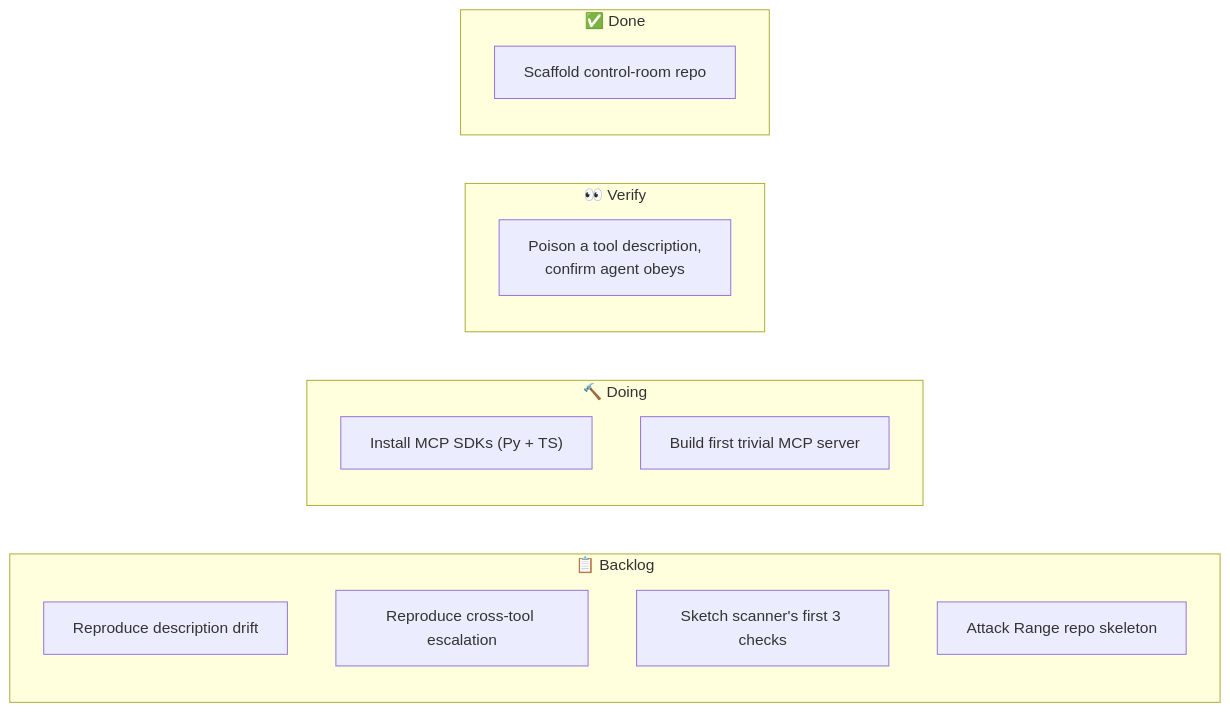
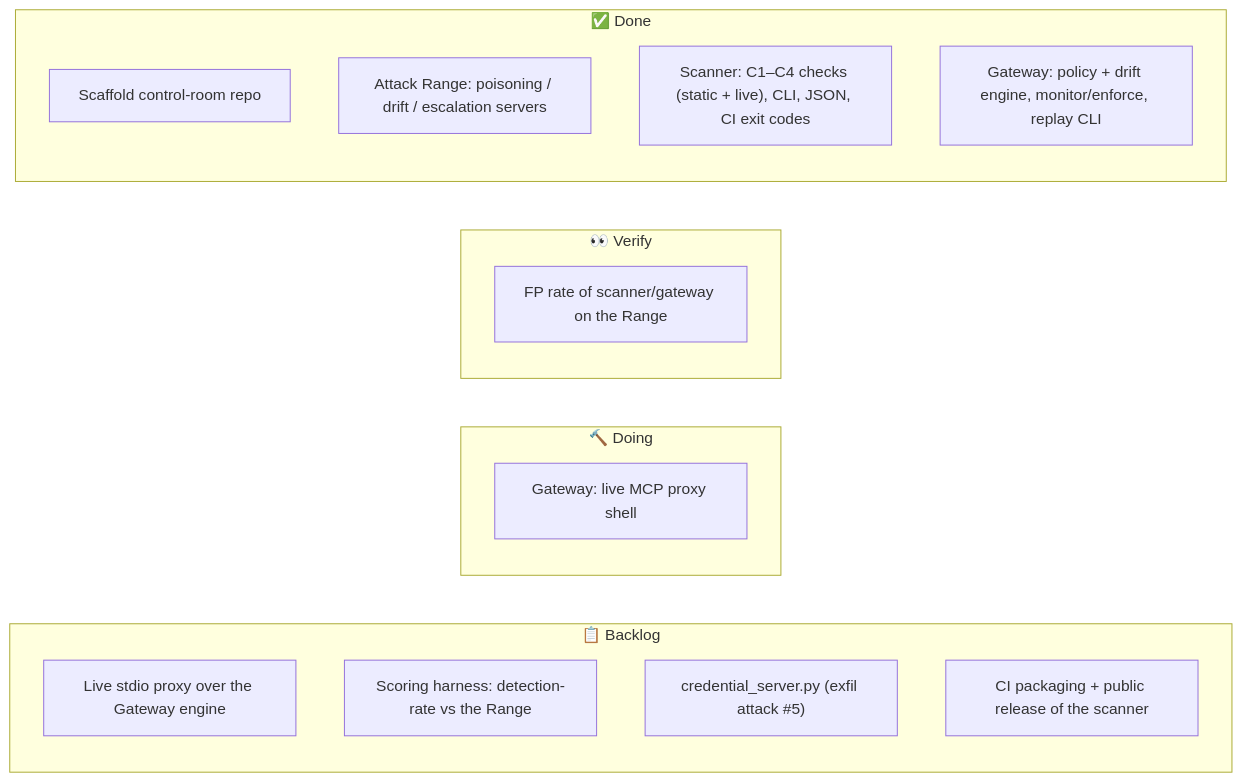
One commit to rudraxdevelopment98-cell/RD-AISEC changed the diagram in shiva/docs/progress.md. Above: the diagram before and after it, drawn with Mermaid. The commit also changed other lines of this file, not shown here.

Commit message:
Shiva: update progress board (scanner + gateway shipped)
Claude-Session: https://claude.ai/code/session_01FGjg5Rb2MrPS8v2VAHoZJ6

````diff
--- a/shiva/docs/progress.md
+++ b/shiva/docs/progress.md
@@ -13,19 +13,21 @@
 ```mermaid
 flowchart LR
     subgraph BACKLOG["📋 Backlog"]
-        b1["Reproduce description drift"]
-        b2["Reproduce cross-tool escalation"]
-        b3["Sketch scanner's first 3 checks"]
-        b4["Attack Range repo skeleton"]
+        b1["Live stdio proxy over the Gateway engine"]
+        b2["Scoring harness: detection-rate vs the Range"]
+        b3["credential_server.py (exfil attack #5)"]
+        b4["CI packaging + public release of the scanner"]
     end
     subgraph DOING["🔨 Doing"]
-        d1["Install MCP SDKs (Py + TS)"]
-        d2["Build first trivial MCP server"]
+        d1["Gateway: live MCP proxy shell"]
     end
     subgraph REVIEW["👀 Verify"]
-        r1["Poison a tool description,\nconfirm agent obeys"]
+        r1["FP rate of scanner/gateway on the Range"]
     end
     subgraph DONE["✅ Done"]
         e1["Scaffold control-room repo"]
+        e2["Attack Range: poisoning / drift / escalation servers"]
+        e3["Scanner: C1–C4 checks (static + live), CLI, JSON, CI exit codes"]
+        e4["Gateway: policy + drift engine, monitor/enforce, replay CLI"]
     end
 ```
````
